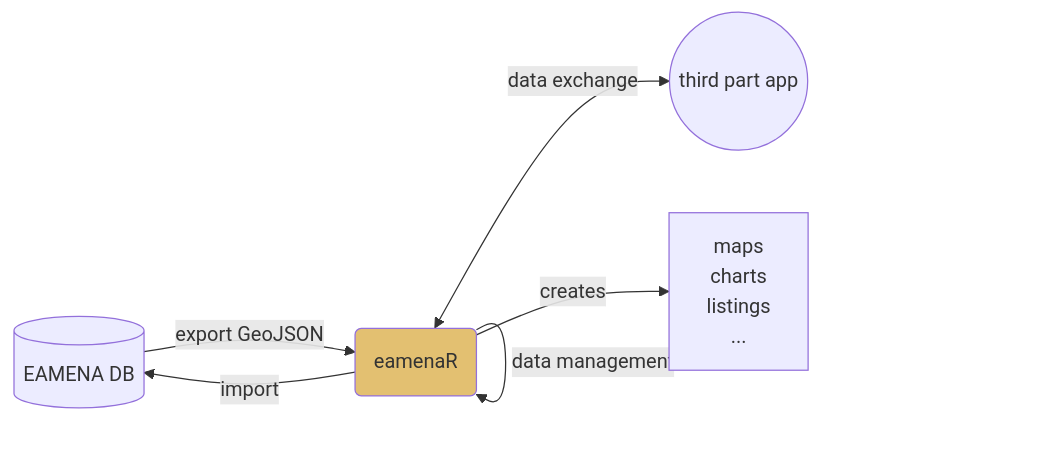
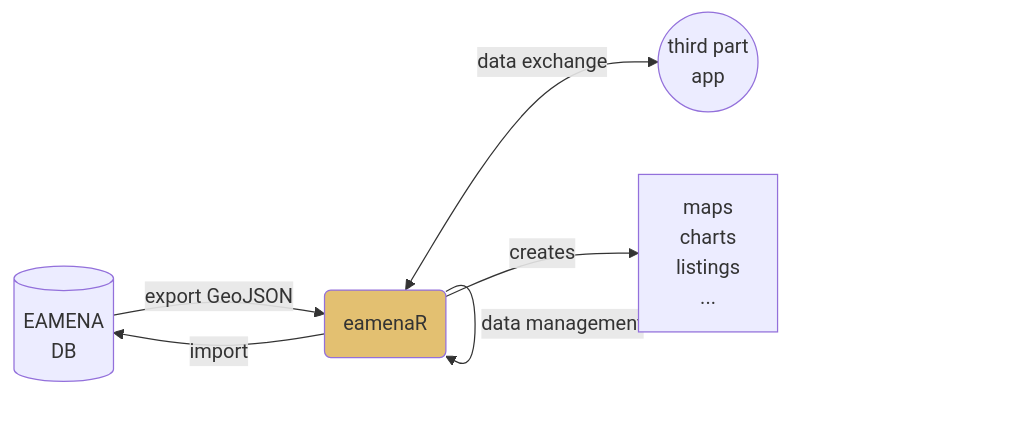
The first of 3 diagrams in README.md (eamena-project/eamenaR), drawn with Mermaid before and after one commit.

Commit message:
add a geom

````diff
--- a/README.md
+++ b/README.md
@@ -8,9 +8,9 @@
 ```mermaid
 flowchart LR
-    A[(EAMENA DB)] --export GeoJSON--> B("eamenaR"):::eamenaRpkg;
+    A[(EAMENA<br>DB)] --export GeoJSON--> B("eamenaR"):::eamenaRpkg;
     B --data management--> B;
-    B <--data exchange--> C((third part app));
+    B <--data exchange--> C((third part<br>app));
     B --import--> A;
     B --creates--> D[maps<br>charts<br>listings<br>...]
     classDef eamenaRpkg fill:#e3c071;
 ```
````
